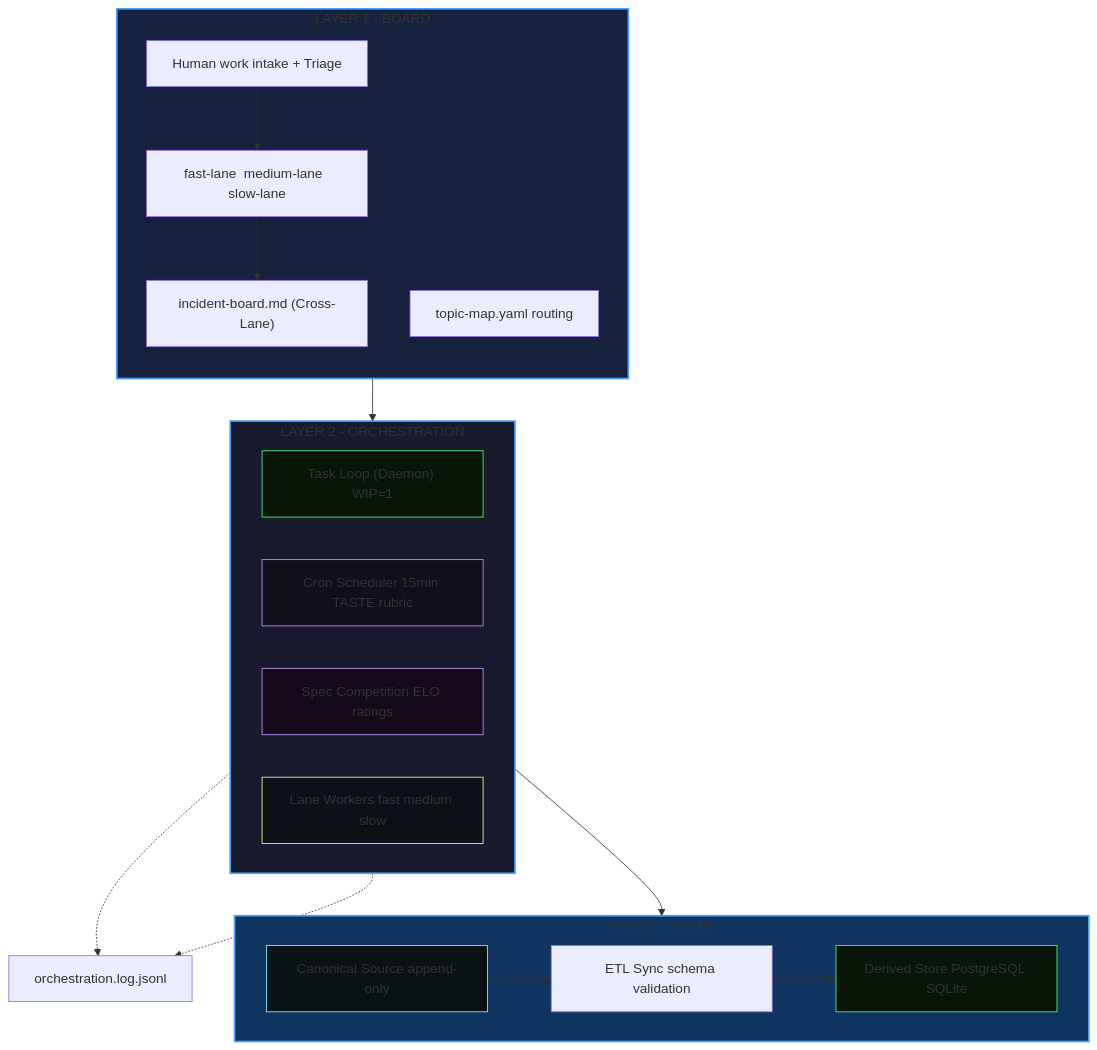
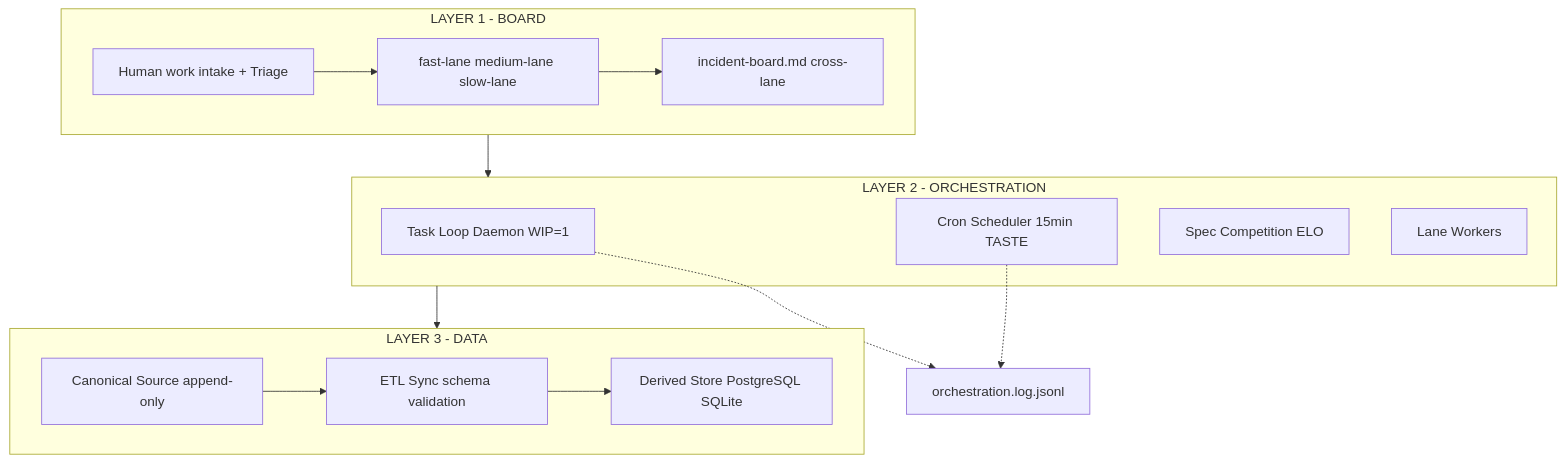
The diagram in diagrams/ARCHITECTURE.mmd (mmartoccia/ghost-orchestration-pattern), drawn with Mermaid before and after one commit.

Commit message:
Strip all style commands - GitHub Mermaid doesn't support fill styling

````diff
--- a/diagrams/ARCHITECTURE.mmd
+++ b/diagrams/ARCHITECTURE.mmd
@@ -1,38 +1,26 @@
 ```mermaid
 flowchart TB
-    subgraph BOARD["LAYER 1 - BOARD"]
-        direction TB
+    subgraph B["LAYER 1 - BOARD"]
         L1["Human work intake + Triage"]
-        LANES["fast-lane  medium-lane  slow-lane"]
-        INC["incident-board.md (Cross-Lane)"]
-        TOPICMAP["topic-map.yaml routing"]
+        LANES["fast-lane medium-lane slow-lane"]
+        INC["incident-board.md cross-lane"]
         L1 --> LANES
         LANES --> INC
     end
-    BOARD --> ORCH
-    subgraph ORCH["LAYER 2 - ORCHESTRATION"]
-        direction LR
-        LOOP["Task Loop (Daemon) WIP=1"]
-        SCHED["Cron Scheduler 15min TASTE rubric"]
-        SPEC["Spec Competition ELO ratings"]
-        WORKERS["Lane Workers fast medium slow"]
+    B --> O
+    subgraph O["LAYER 2 - ORCHESTRATION"]
+        L["Task Loop Daemon WIP=1"]
+        C["Cron Scheduler 15min TASTE"]
+        S["Spec Competition ELO"]
+        W["Lane Workers"]
     end
-    ORCH --> DATA
-    subgraph DATA["LAYER 3 - DATA"]
-        PROD["Canonical Source append-only"]
-        SYNC["ETL Sync schema validation"]
-        DER["Derived Store PostgreSQL SQLite"]
-        PROD --> SYNC --> DER
+    O --> D
+    subgraph D["LAYER 3 - DATA"]
+        P["Canonical Source append-only"]
+        Y["ETL Sync schema validation"]
+        R["Derived Store PostgreSQL SQLite"]
+        P --> Y --> R
     end
-    LOOP -.-> LOG["orchestration.log.jsonl"]
-    SCHED -.-> LOG
-    style BOARD fill:#16213e,stroke:#4a9eff,stroke-width:2px
-    style ORCH fill:#1a1a2e,stroke:#4a9eff,stroke-width:2px
-    style DATA fill:#0f3460,stroke:#4a9eff,stroke-width:2px
-    style LOOP fill:#0a150a,stroke:#50fa7b,stroke-width:1px
-    style SCHED fill:#120f1a,stroke:#bd93f9,stroke-width:1px
-    style SPEC fill:#150a1a,stroke:#bd93f9,stroke-width:1px
-    style WORKERS fill:#0d1117,stroke:#f1fa8c,stroke-width:1px
-    style PROD fill:#0a1215,stroke:#8be9fd,stroke-width:1px
-    style DER fill:#0a150a,stroke:#50fa7b,stroke-width:1px
+    L -.-> LOG["orchestration.log.jsonl"]
+    C -.-> LOG
 ```
````
